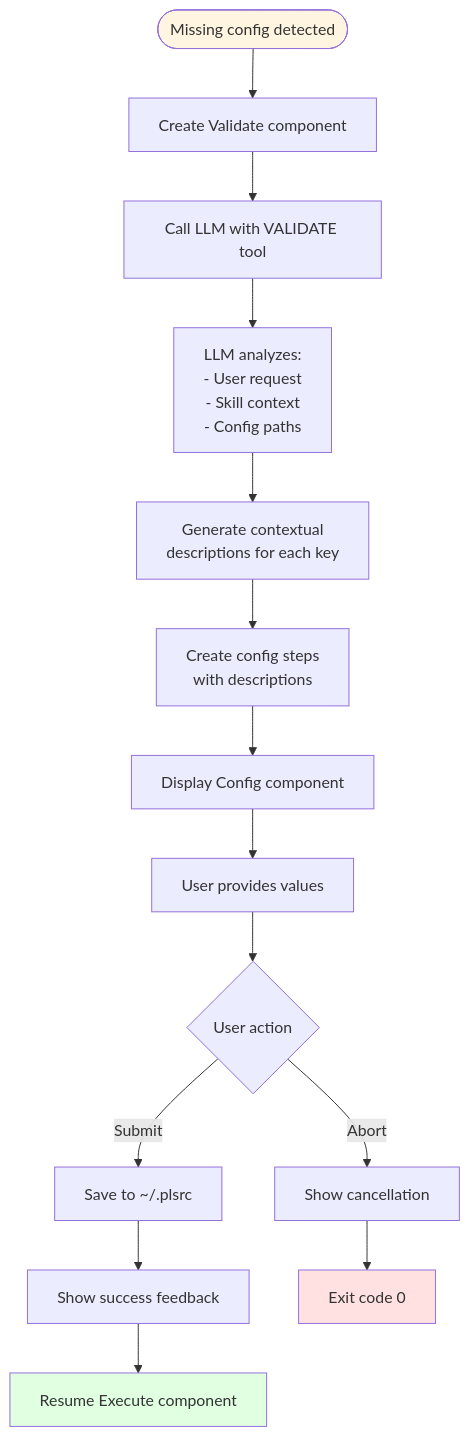
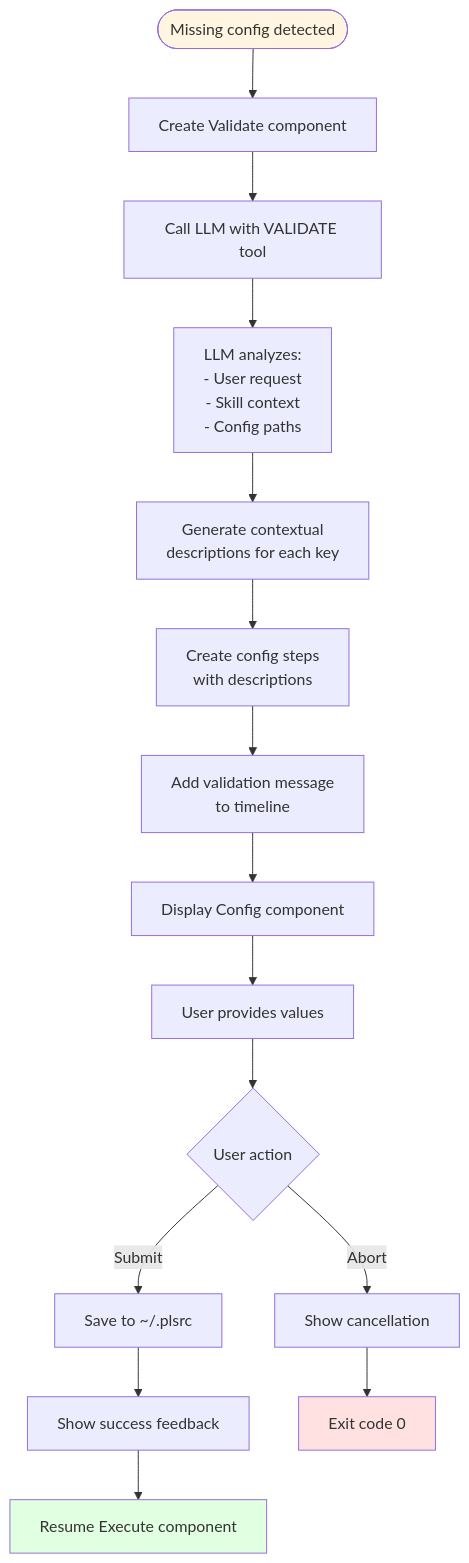
Before and after one commit to aswitalski/pls: the tenth of 18 diagrams in FLOWS.md, drawn with Mermaid. The commit also changed other lines of this file and 36 other files, not shown here.

````diff
--- a/FLOWS.md
+++ b/FLOWS.md
@@ -513,25 +515,26 @@
 ```mermaid
 flowchart TD
     Start([Missing config detected]) --> CreateVal[Create Validate component]
     CreateVal --> CallLLM[Call LLM with VALIDATE tool]
     CallLLM --> Analyze[LLM analyzes:<br/>- User request<br/>- Skill context<br/>- Config paths]
 
     Analyze --> GenDesc[Generate contextual<br/>descriptions for each key]
     GenDesc --> CreateSteps[Create config steps<br/>with descriptions]
-    CreateSteps --> DisplayConfig[Display Config component]
+    CreateSteps --> AddMsg[Add validation message<br/>to timeline]
+    AddMsg --> DisplayConfig[Display Config component]
 
     DisplayConfig --> UserInput[User provides values]
     UserInput --> UserAction{User action}
 
     UserAction -->|Abort| ShowCancel[Show cancellation]
     UserAction -->|Submit| SaveConfig[Save to ~/.plsrc]
 
     SaveConfig --> ShowSuccess[Show success feedback]
     ShowSuccess --> Resume[Resume Execute component]
 
     ShowCancel --> Exit[Exit code 0]
 
     style Start fill:#fff5e1
     style Resume fill:#e1ffe1
     style Exit fill:#ffe1e1
 ```
````
